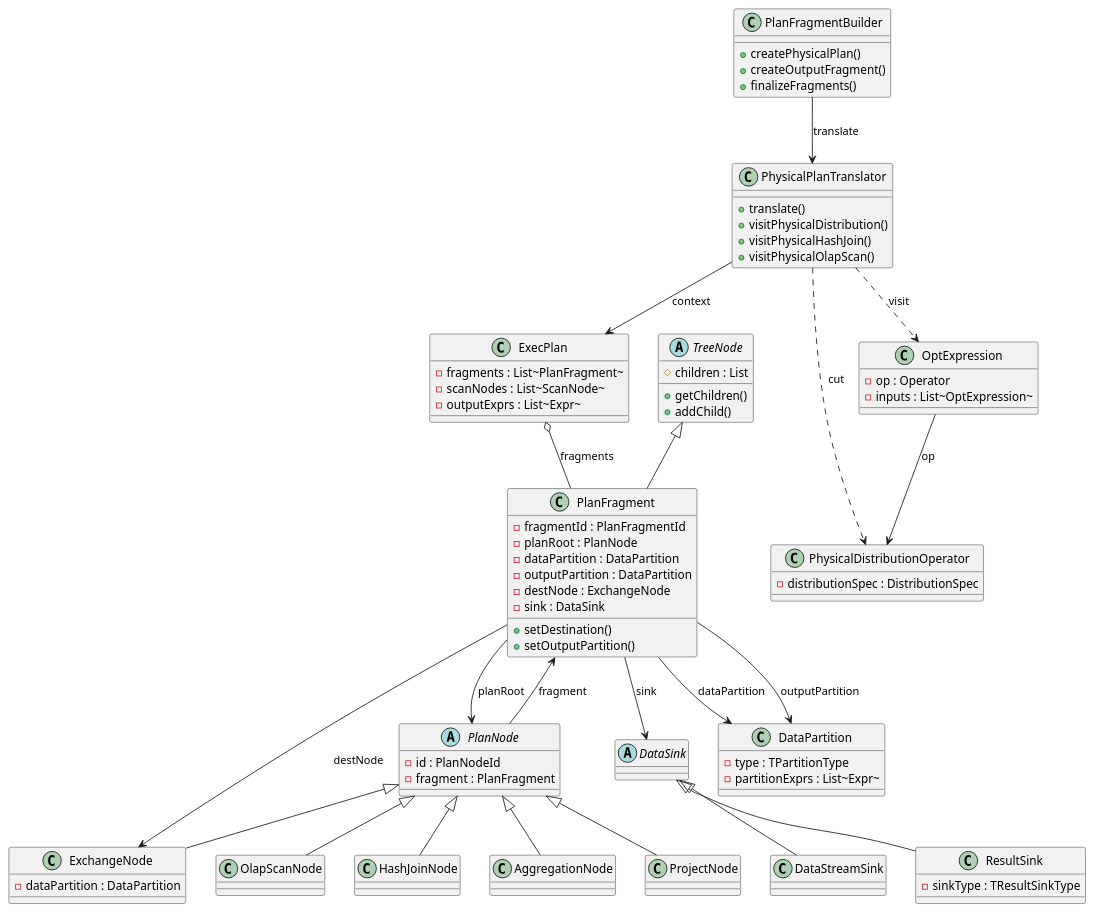
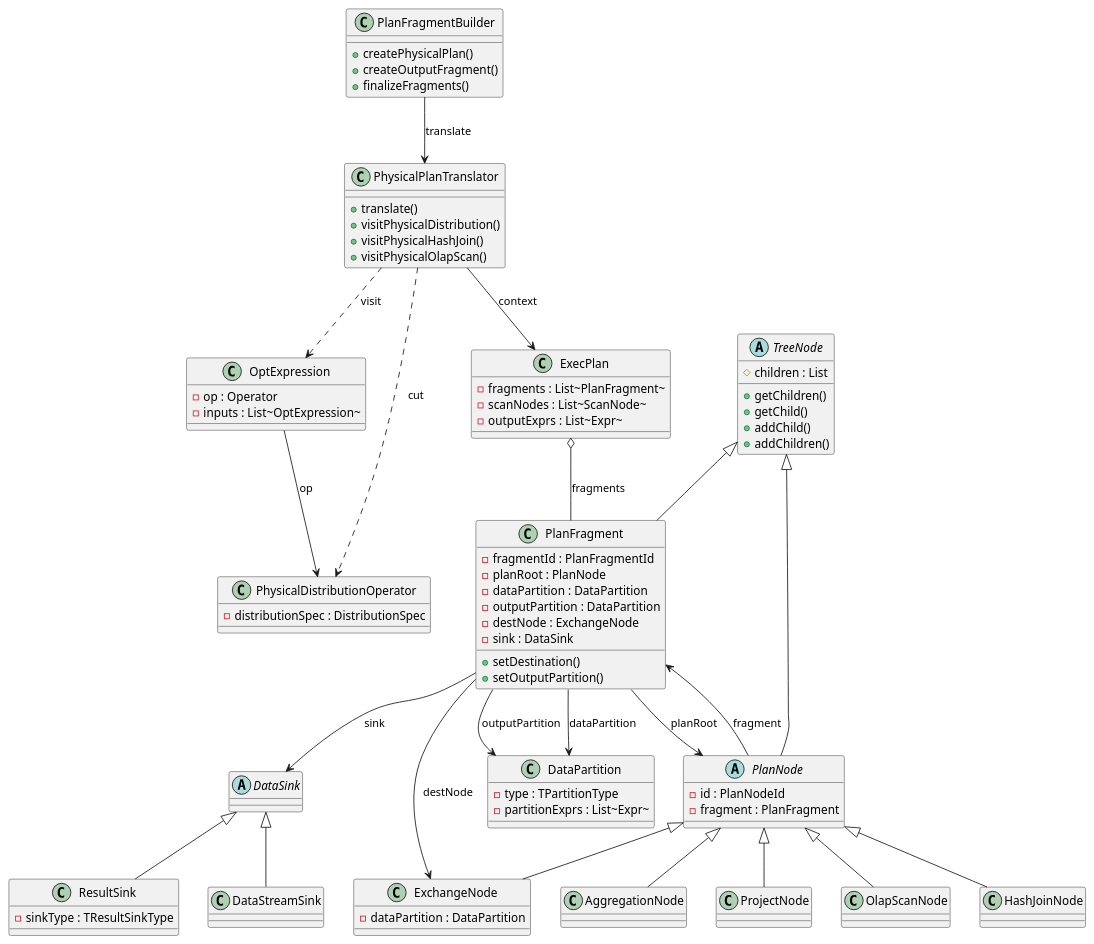
One commit to kevinwang930/kevinwang930.github.io changed diagram 13 of 15 in content/post/data/db/starrocks/architecture/index.md. Above: the diagram before and after it, drawn with PlantUML. The commit also changed other lines of this file and 6 other files, not shown here.

```diff
--- a/content/post/data/db/starrocks/architecture/index.md
+++ b/content/post/data/db/starrocks/architecture/index.md
@@ -1809,7 +1809,9 @@
 abstract class TreeNode {
   # children : List
   + getChildren()
+  + getChild()
   + addChild()
+  + addChildren()
 }
 
 class PlanFragment {
@@ -1864,6 +1866,7 @@
 ExecPlan o-- PlanFragment : fragments
 
 TreeNode <|-- PlanFragment
+TreeNode <|-- PlanNode
 PlanFragment --> PlanNode : planRoot
 PlanFragment --> DataPartition : dataPartition
 PlanFragment --> DataPartition : outputPartition
```
